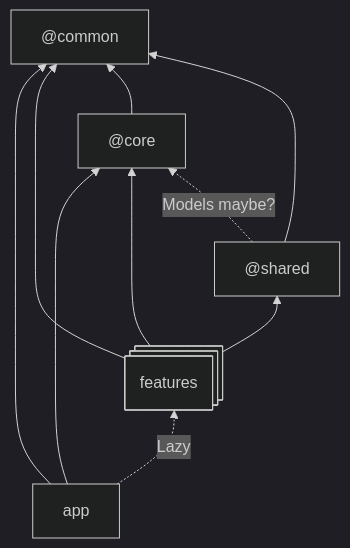
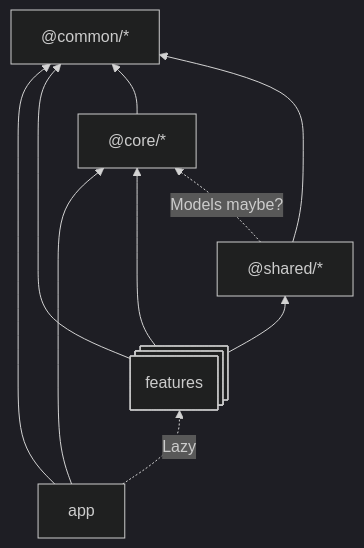
Before and after one commit to Nanges/ng-playground: the diagram in README.md, drawn with Mermaid (dark theme). The commit also changed other lines of this file, not shown here.

````diff
--- a/README.md
+++ b/README.md
@@ -7,17 +7,17 @@
 ```mermaid
 flowchart BT
-    common["@common"]
-    core["@core"]
-    shared["@shared"]
+    common["@common/*"]
+    core["@core/*"]
+    shared["@shared/*"]
     feature@{ shape: procs, label: "features"}
     app
     app --> core
     app --> common
     app -.Lazy.->
     feature --> common
     feature --> core
     feature --> shared
     core --> common
     shared --> common
     shared -.Models maybe?.-> core
 ```
````
